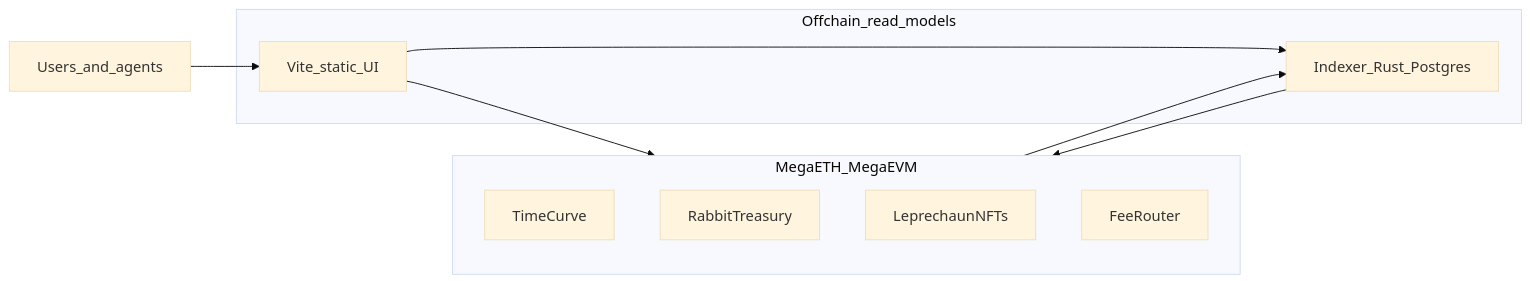
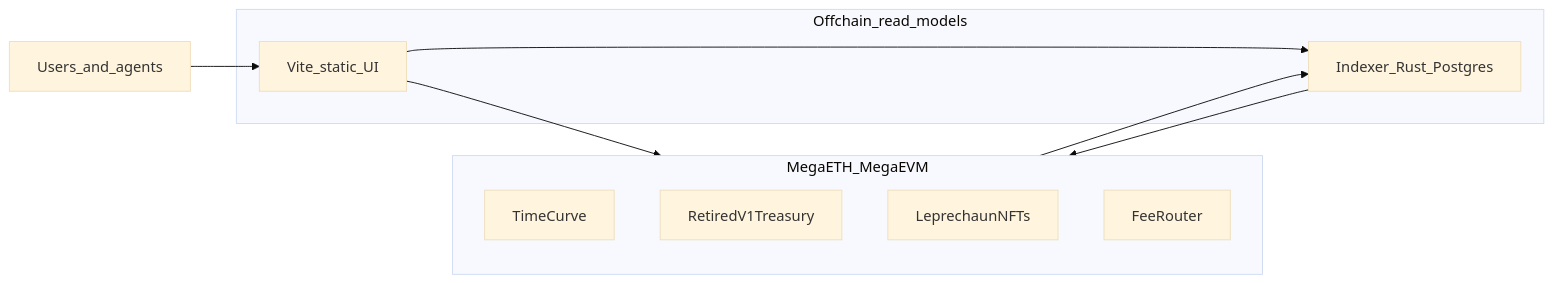
Before and after one commit to PlasticDigits/yieldomega: the diagram in docs/architecture/overview.md, drawn with Mermaid (base theme). The commit also changed other lines of this file and 45 other files, not shown here.

Commit message:
verify(#242): finish Rabbit/Burrow removal hygiene and docs Complete issue #242 verification: purge legacy treasury references from active source, document INV-242 invariants, add indexer 404 smoke for removed routes, and fix RegistryContracts test initializers.

````diff
--- a/docs/architecture/overview.md
+++ b/docs/architecture/overview.md
@@ -47,18 +47,18 @@
 ```mermaid
 flowchart LR
   subgraph chain [MegaETH_MegaEVM]
     TC[TimeCurve]
-    RT[RabbitTreasury]
+    RT[RetiredV1Treasury]
     NFT[LeprechaunNFTs]
     Router[FeeRouter]
   end
   subgraph offchain [Offchain_read_models]
     IDX[Indexer_Rust_Postgres]
     WEB[Vite_static_UI]
   end
   Actor[Users_and_agents] --> WEB
   WEB --> IDX
   WEB --> chain
   IDX --> chain
   chain --> IDX
 ```
````
